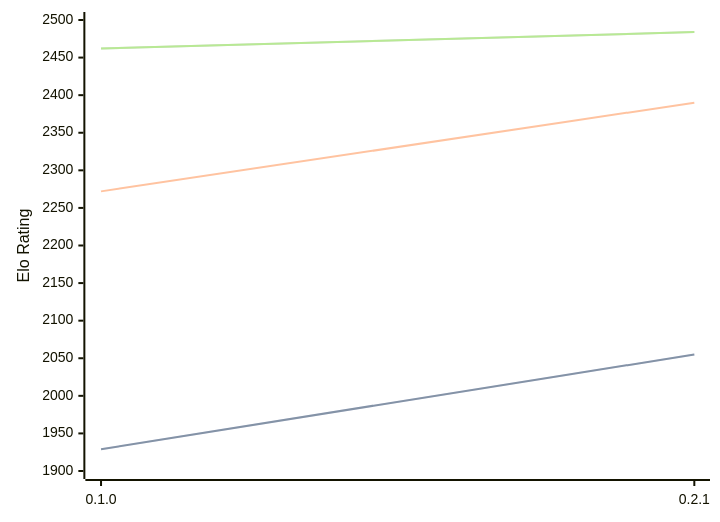
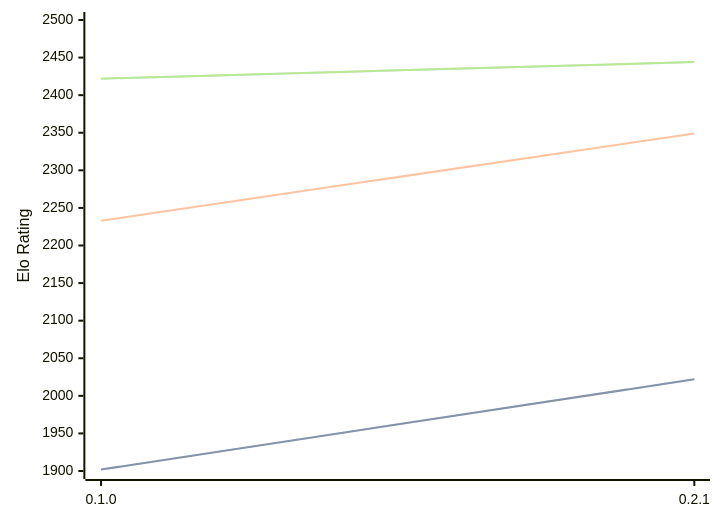
The diagram in engines/Sykora.md (computer-chess-index/cci), drawn with Mermaid before and after one commit. The commit also changed other lines of this file, not shown here.

Commit message:
Update CCI Ratings (ELO VLTC) - 2026-05-19

````diff
--- a/engines/Sykora.md
+++ b/engines/Sykora.md
@@ -33,11 +33,11 @@
 ```mermaid
 %%{init: {"theme":"base","themeVariables":{"seriesColors:['#a3a3a3','#222221','#faa371']}}}%%
 xychart-beta
   x-axis ["0.1.0", "0.2.1"]
   y-axis "Elo Rating" 1900 --> 2500
-  line "STC (8.0+0.08s)" [1929, 2055]
-  line "STC (8.0+0.08s)" [1929, 2055]
-  line "LTC (60.0+0.60s)" [2272, 2390]
-  line "VLTC (2m24s+1.12s)" [2462, 2484]
-  line "VLTC (2m24s+1.12s)" [2462, 2484]
+  line "STC (8.0+0.08s)" [1902, 2022]
+  line "STC (8.0+0.08s)" [1902, 2022]
+  line "LTC (60.0+0.60s)" [2233, 2349]
+  line "VLTC (2m24s+1.12s)" [2422, 2444]
+  line "VLTC (2m24s+1.12s)" [2422, 2444]
 ```
````
